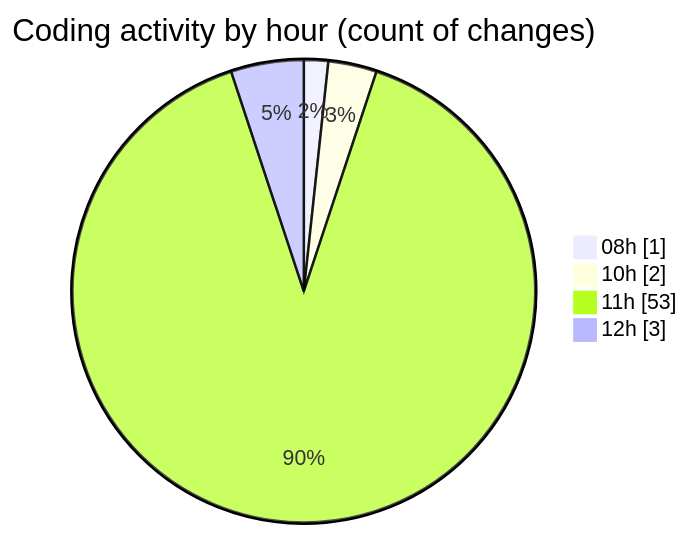
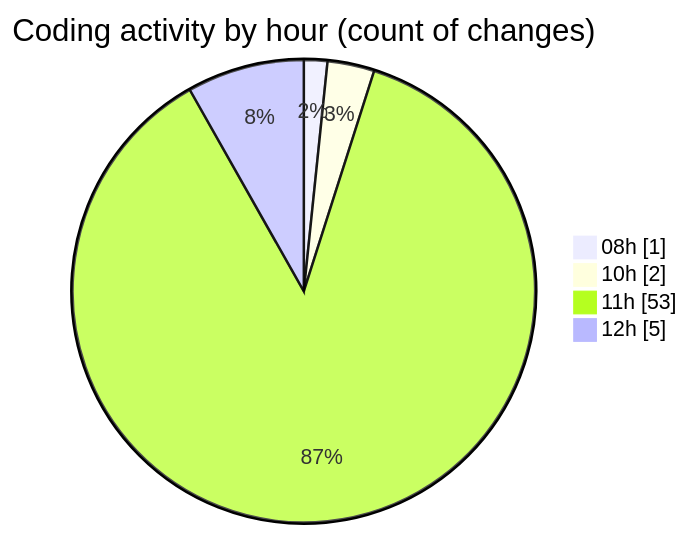
The second of 2 diagrams in 2025-07-03/cda/README.md (momahboobian/code-tracking), drawn with Mermaid before and after one commit. The commit also changed other lines of this file and 1 other file, not shown here.

````diff
--- a/2025-07-03/cda/README.md
+++ b/2025-07-03/cda/README.md
@@ -37,8 +39,8 @@
 ```mermaid
 pie showData
 title Coding activity by hour (count of changes)
 "08h" : 1
 "10h" : 2
 "11h" : 53
-"12h" : 3
+"12h" : 5
 ```
````
